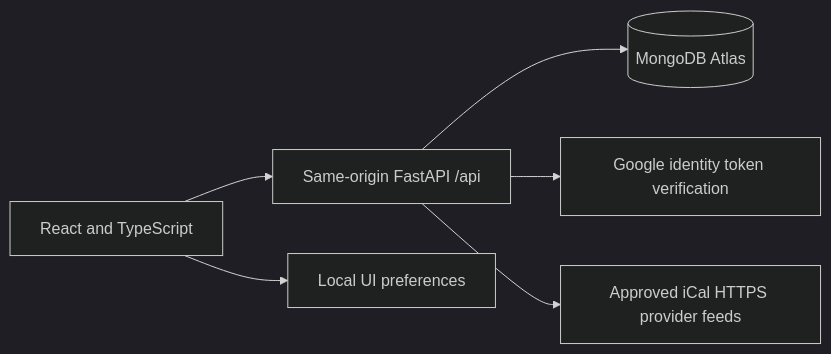
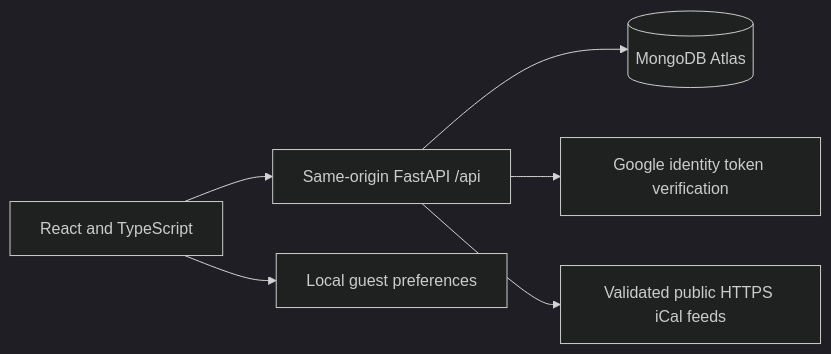
Before and after one commit to KibouAkari/LifeOrbit: the diagram in docs/ARCHITECTURE.md, drawn with Mermaid (dark theme). The commit also changed other lines of this file, not shown here.

````diff
--- a/docs/ARCHITECTURE.md
+++ b/docs/ARCHITECTURE.md
@@ -5,8 +5,8 @@
 ```mermaid
 flowchart LR
   B[React and TypeScript] --> A[Same-origin FastAPI /api]
   A --> M[(MongoDB Atlas)]
   A --> G[Google identity token verification]
-  A --> I[Approved iCal HTTPS provider feeds]
-  B --> L[Local UI preferences]
+  A --> I[Validated public HTTPS iCal feeds]
+  B --> L[Local guest preferences]
 ```
````
